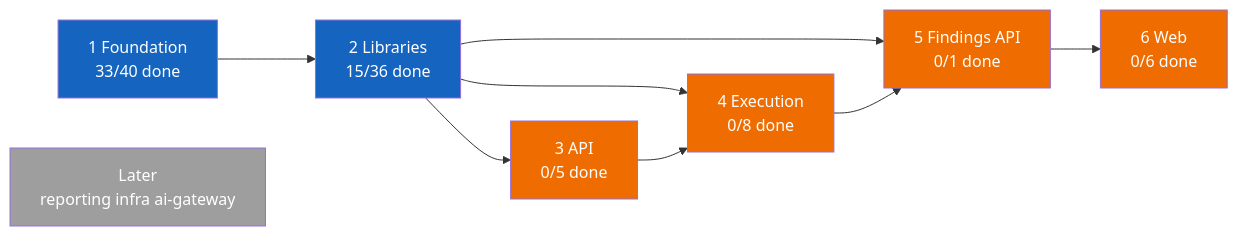
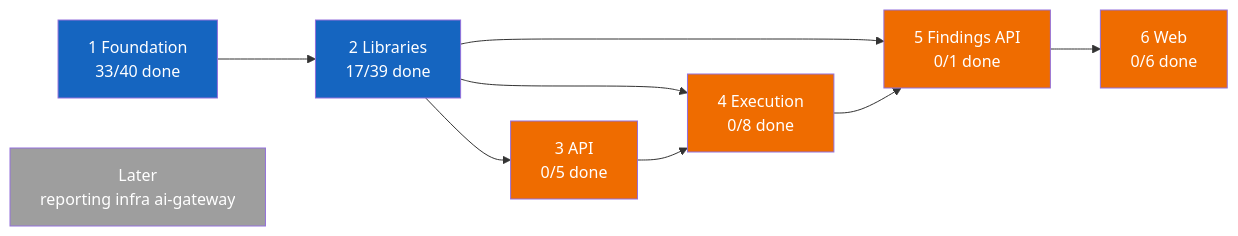
Before and after one commit to vulcanflow/docs: the first of 2 diagrams in PROGRESS.md, drawn with Mermaid. The commit also changed other lines of this file and 1 other file, not shown here.

````diff
--- a/PROGRESS.md
+++ b/PROGRESS.md
@@ -24,31 +24,31 @@
 ```mermaid
 flowchart LR
   P1["1 Foundation<br/>33/40 done"]
-  P2["2 Libraries<br/>15/36 done"]
+  P2["2 Libraries<br/>17/39 done"]
   P3["3 API<br/>0/5 done"]
   P4["4 Execution<br/>0/8 done"]
   P5["5 Findings API<br/>0/1 done"]
   P6["6 Web<br/>0/6 done"]
   L["Later<br/>reporting infra ai-gateway"]
 
   P1 --> P2
   P2 --> P3
   P2 --> P4
   P3 --> P4
   P2 --> P5
   P4 --> P5
   P5 --> P6
 
   classDef done fill:#2e7d32,color:#fff
   classDef active fill:#1565c0,color:#fff
   classDef held fill:#9e9e9e,color:#fff
   classDef blocked fill:#ef6c00,color:#fff
 
   class P1 active
   class P2 active
   class P3 blocked
   class P4 blocked
   class P5 blocked
   class P6 blocked
   class L held
 ```
````
